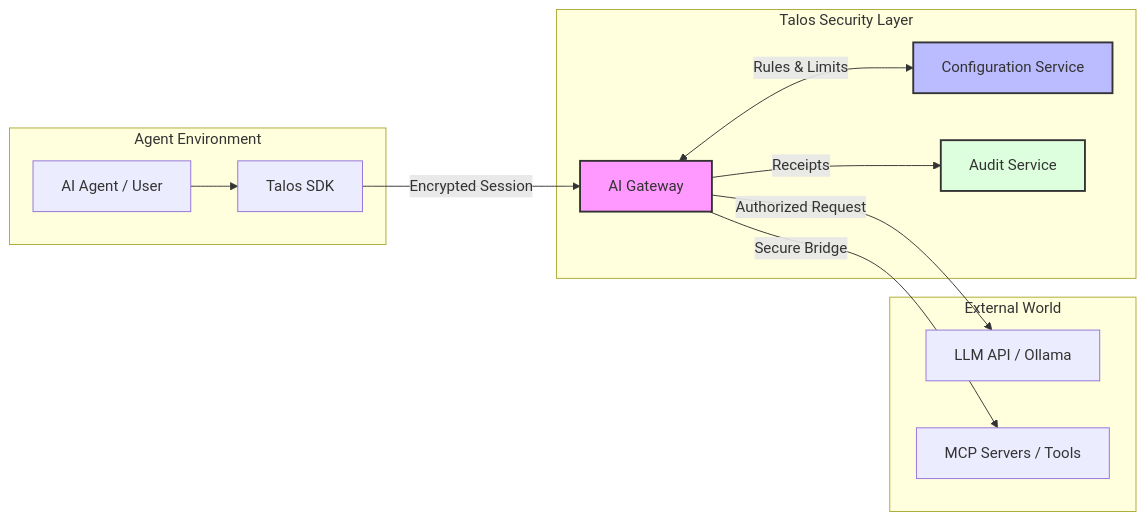
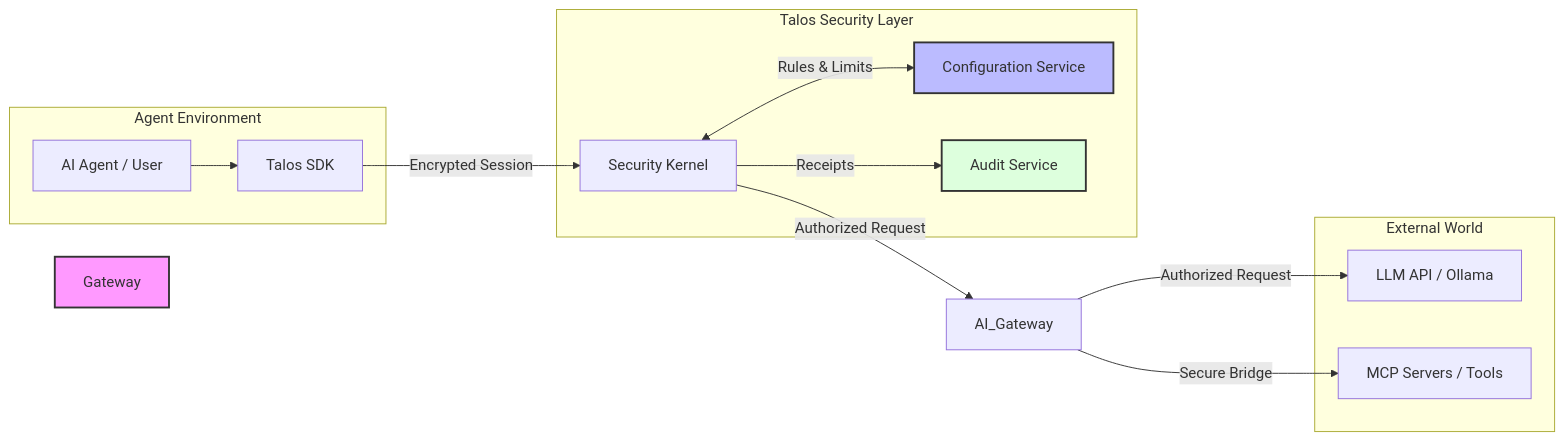
One commit to talosprotocol/talos-docs changed the first of 2 diagrams in architecture/overview.md. Above: the diagram before and after it, drawn with Mermaid. The commit also changed other lines of this file and 1 other file, not shown here.

````diff
--- a/architecture/overview.md
+++ b/architecture/overview.md
@@ -13,30 +13,31 @@
 ```mermaid
 flowchart LR
     subgraph Client ["Agent Environment"]
         User[AI Agent / User]
         SDK[Talos SDK]
     end
 
     subgraph Core ["Talos Security Layer"]
-        Gateway[AI Gateway]
+        SecurityKernel[Security Kernel]
         Config[Configuration Service]
         Audit[Audit Service]
     end
 
     subgraph Tools ["External World"]
         LLM[LLM API / Ollama]
         MCP[MCP Servers / Tools]
     end
 
     User --> SDK
-    SDK -->|Encrypted Session| Gateway
-    Gateway <-->|Rules & Limits| Config
-    Gateway -->|Receipts| Audit
-    Gateway -->|Authorized Request| LLM
-    Gateway -->|Secure Bridge| MCP
+    SDK -->|Encrypted Session| SecurityKernel
+    SecurityKernel <-->|Rules & Limits| Config
+    SecurityKernel -->|Receipts| Audit
+    SecurityKernel -->|Authorized Request| AI_Gateway
+    AI_Gateway -->|Authorized Request| LLM
+    AI_Gateway -->|Secure Bridge| MCP
 
     %% Styling
     style Gateway fill:#f9f,stroke:#333,stroke-width:2px
     style Config fill:#bbf,stroke:#333,stroke-width:2px
     style Audit fill:#dfd,stroke:#333,stroke-width:2px
 ```
````
